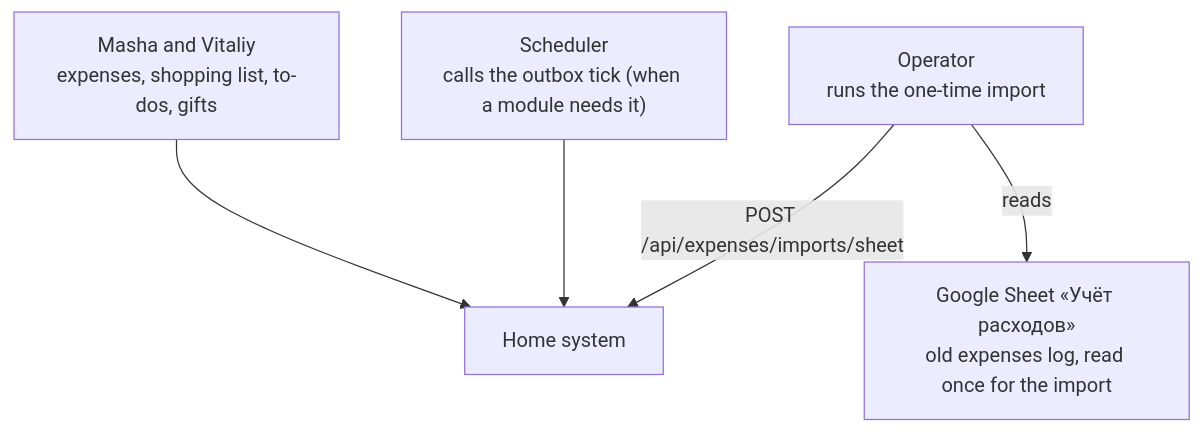
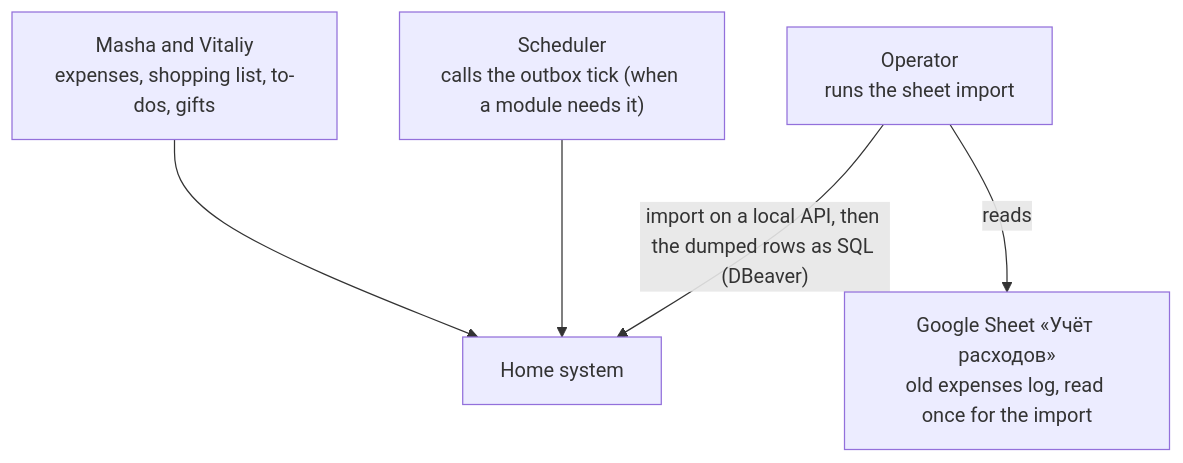
One commit to Weretik/home-app changed the first of 3 diagrams in api/docs/architecture/c4.md. Above: the diagram before and after it, drawn with Mermaid. The commit also changed other lines of this file and 160 other files, not shown here.

````diff
--- a/api/docs/architecture/c4.md
+++ b/api/docs/architecture/c4.md
@@ -7,13 +7,13 @@
 ```mermaid
 flowchart TB
     family["Masha and Vitaliy<br/>expenses, shopping list, to-dos, gifts"]
     system["Home system"]
     scheduler["Scheduler<br/>calls the outbox tick (when a module needs it)"]
     sheet["Google Sheet «Учёт расходов»<br/>old expenses log, read once for the import"]
-    operator["Operator<br/>runs the one-time import"]
+    operator["Operator<br/>runs the sheet import"]
 
     family --> system
     scheduler --> system
     operator -->|reads| sheet
-    operator -->|"POST /api/expenses/imports/sheet"| system
+    operator -->|"import on a local API, then the dumped rows as SQL (DBeaver)"| system
 ```
````
